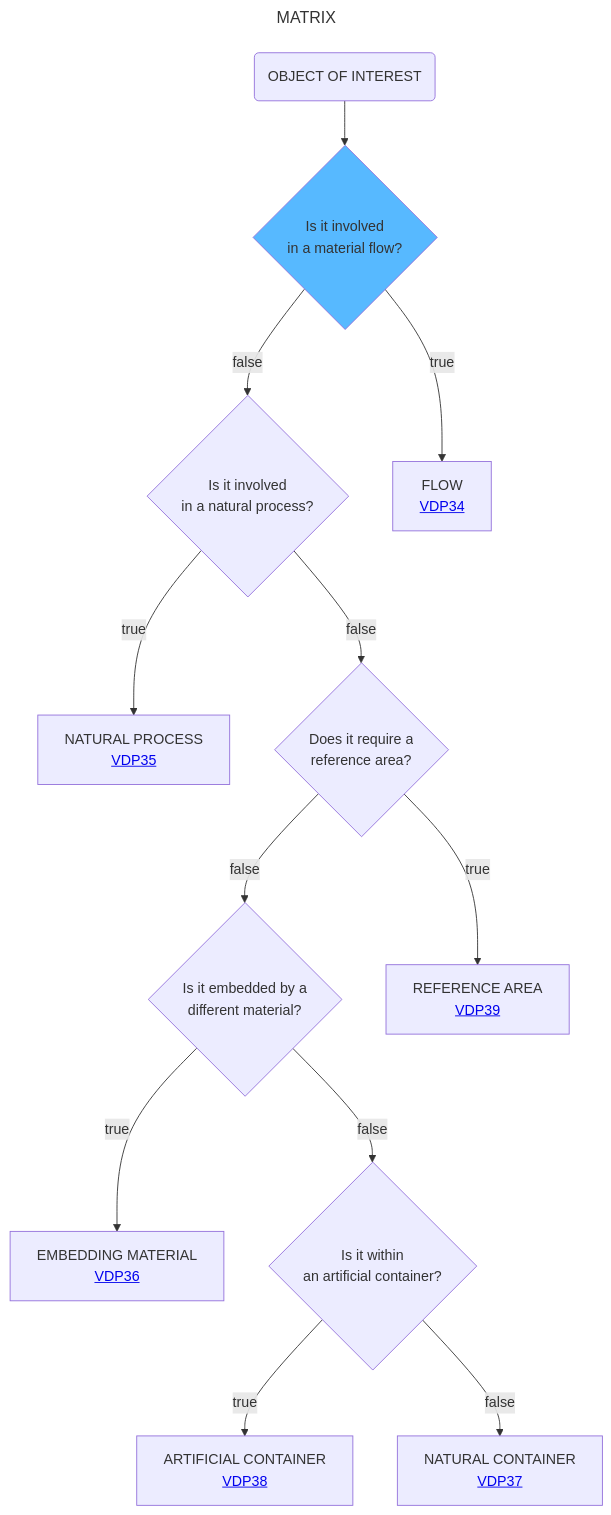
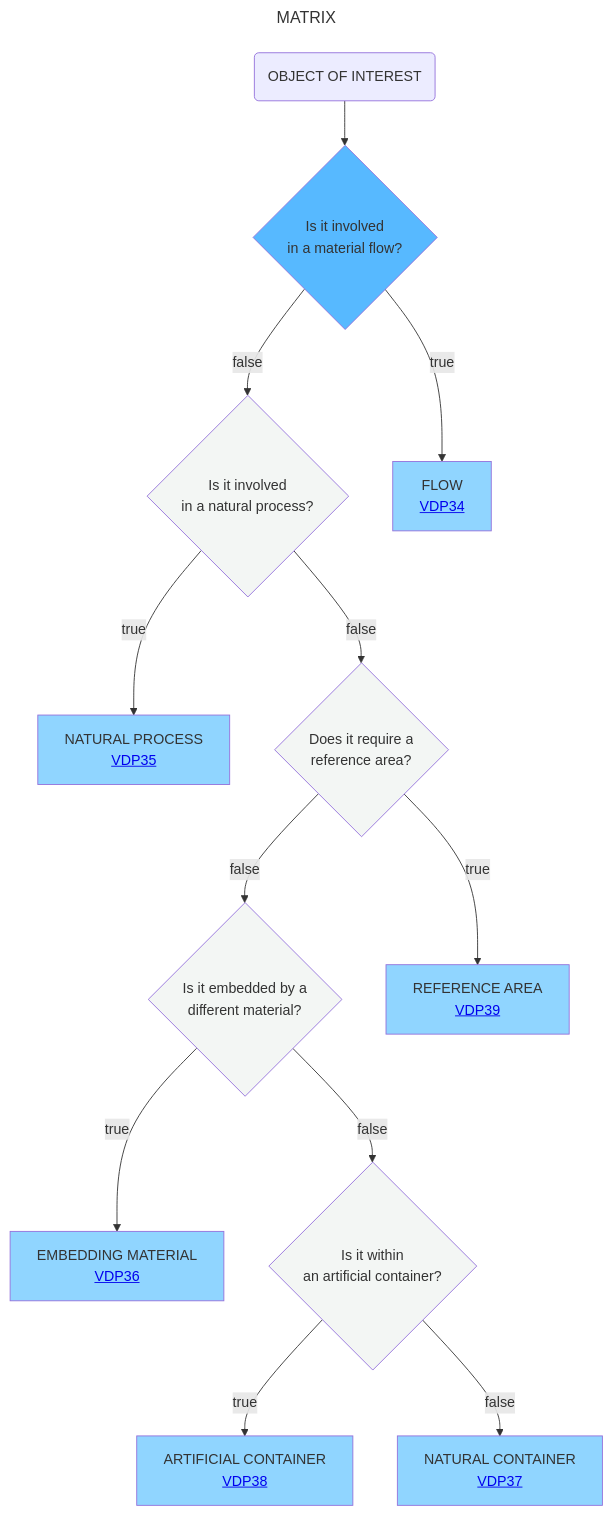
One commit to mabablue/I-ADOPT-patterns-playground changed the diagram in Decisition_trees/DT7.mmd. Above: the diagram before and after it, drawn with Mermaid. The commit also changed other lines of this file, not shown here.

```diff
--- a/Decisition_trees/DT7.mmd
+++ b/Decisition_trees/DT7.mmd
@@ -1,18 +1,20 @@
 ---
 title: MATRIX
 ---
 flowchart TD
     A(OBJECT OF INTEREST) --> AB{Is it involved <br> in a material flow?}:::satblue  
-    AB --> |false|B{Is it involved <br> in a natural process?}
-    AB --> |true|O[FLOW <br> <a href='https://github.com/mabablue/I-ADOPT-patterns-playground/blob/main/pattern/VDP34.yaml'>VDP34</a>]
-    B --> |true|C[NATURAL PROCESS <br> <a href='https://github.com/mabablue/I-ADOPT-patterns-playground/blob/main/pattern/VDP35.yaml'>VDP35</a>]
-    B --> |false|D{Does it require a <br> reference area?}
-    D --> |false|E{Is it embedded by a <br> different material?}
-    D --> |true|F[REFERENCE AREA <br> <a href='https://github.com/mabablue/I-ADOPT-patterns-playground/blob/main/pattern/VDP39.yaml'>VDP39</a>]
-    E --> |true|G[EMBEDDING MATERIAL <br> <a href='https://github.com/mabablue/I-ADOPT-patterns-playground/blob/main/pattern/VDP36.yaml'>VDP36</a>]
-    E --> |false|H{Is it within <br> an artificial container?}
-    H --> |true|I[ARTIFICIAL CONTAINER <br> <a href='https://github.com/mabablue/I-ADOPT-patterns-playground/blob/main/pattern/VDP38.yaml'>VDP38</a>]
-    H --> |false|J[NATURAL CONTAINER <br> <a href='https://github.com/mabablue/I-ADOPT-patterns-playground/blob/main/pattern/VDP37.yaml'>VDP37</a>]
+    AB --> |false|B{Is it involved <br> in a natural process?}:::white
+    AB --> |true|O[FLOW <br> <a href='https://github.com/mabablue/I-ADOPT-patterns-playground/blob/main/pattern/VDP34.yaml'>VDP34</a>]:::blue
+    B --> |true|C[NATURAL PROCESS <br> <a href='https://github.com/mabablue/I-ADOPT-patterns-playground/blob/main/pattern/VDP35.yaml'>VDP35</a>]:::blue
+    B --> |false|D{Does it require a <br> reference area?}:::white
+    D --> |false|E{Is it embedded by a <br> different material?}:::white
+    D --> |true|F[REFERENCE AREA <br> <a href='https://github.com/mabablue/I-ADOPT-patterns-playground/blob/main/pattern/VDP39.yaml'>VDP39</a>]:::blue
+    E --> |true|G[EMBEDDING MATERIAL <br> <a href='https://github.com/mabablue/I-ADOPT-patterns-playground/blob/main/pattern/VDP36.yaml'>VDP36</a>]:::blue
+    E --> |false|H{Is it within <br> an artificial container?}:::white
+    H --> |true|I[ARTIFICIAL CONTAINER <br> <a href='https://github.com/mabablue/I-ADOPT-patterns-playground/blob/main/pattern/VDP38.yaml'>VDP38</a>]:::blue
+    H --> |false|J[NATURAL CONTAINER <br> <a href='https://github.com/mabablue/I-ADOPT-patterns-playground/blob/main/pattern/VDP37.yaml'>VDP37</a>]:::blue
 
    classDef blue fill:#90D5FF
-   classDef satblue fill:#57B9FF
+   classDef satblue fill:#57B9FF 
+   classDef white fill:#f3f6f4
+   classDef green fill:#6aa84f
```
